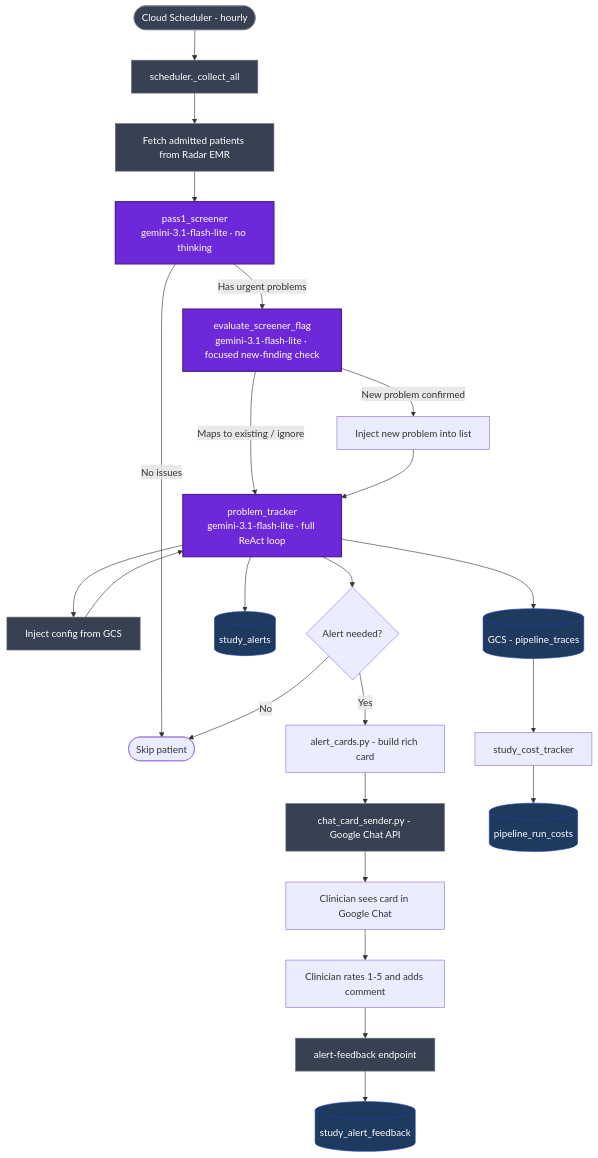
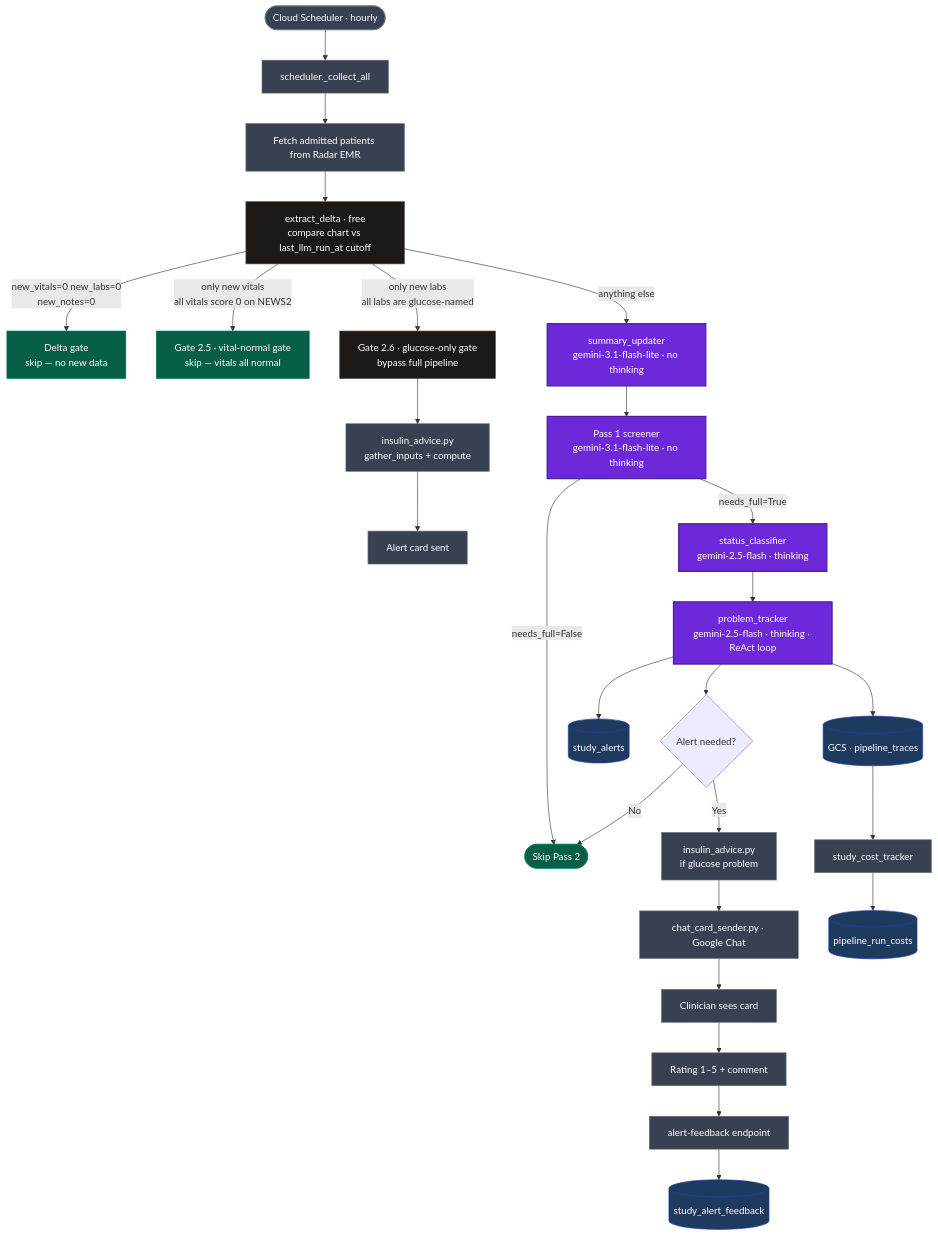
One commit to drdileepunni/llm_wiki changed the first of 4 diagrams in dashboard/docs/pipeline_overview.md. Above: the diagram before and after it, drawn with Mermaid. The commit also changed other lines of this file and 6 other files, not shown here.

````diff
--- a/dashboard/docs/pipeline_overview.md
+++ b/dashboard/docs/pipeline_overview.md
@@ -9,29 +9,39 @@
 ```mermaid
 flowchart TD
     classDef llm fill:#6d28d9,color:#fff,stroke:#4c1d95,stroke-width:2px
     classDef store fill:#1e3a5f,color:#fff,stroke:#1e40af
     classDef infra fill:#374151,color:#fff,stroke:#6b7280
+    classDef gate fill:#1c1917,color:#fff,stroke:#57534e
+    classDef bypass fill:#065f46,color:#fff,stroke:#047857
 
-    A([Cloud Scheduler - hourly]):::infra --> B[scheduler._collect_all]:::infra
+    A([Cloud Scheduler · hourly]):::infra --> B[scheduler._collect_all]:::infra
     B --> C[Fetch admitted patients from Radar EMR]:::infra
-    C --> D[pass1_screener\ngemini-3.1-flash-lite · no thinking]:::llm
-    D -->|Has urgent problems| E[evaluate_screener_flag\ngemini-3.1-flash-lite · focused new-finding check]:::llm
-    D -->|No issues| Z([Skip patient])
-    E -->|New problem confirmed| EP[Inject new problem into list]
-    E -->|Maps to existing / ignore| F
-    EP --> F[problem_tracker\ngemini-3.1-flash-lite · full ReAct loop]:::llm
-    F --> GCS[Inject config from GCS]:::infra
-    GCS --> F
-    F --> G{Alert needed?}
-    G -->|Yes| H[alert_cards.py - build rich card]
-    G -->|No| Z
-    H --> I[chat_card_sender.py - Google Chat API]:::infra
-    I --> J[Clinician sees card in Google Chat]
-    J --> K[Clinician rates 1-5 and adds comment]
-    K --> L[alert-feedback endpoint]:::infra
-    L --> M[(study_alert_feedback)]:::store
-    F --> N[(study_alerts)]:::store
-    F --> O[(GCS - pipeline_traces)]:::store
-    O --> P[study_cost_tracker]
-    P --> Q[(pipeline_run_costs)]:::store
+    C --> DELTA[extract_delta · free\ncompare chart vs last_llm_run_at cutoff]:::gate
+
+    DELTA -->|new_vitals=0 new_labs=0\nnew_notes=0| DGATE[Delta gate\nskip — no new data]:::bypass
+
+    DELTA -->|only new vitals\nall vitals score 0 on NEWS2| VGATE[Gate 2.5 · vital-normal gate\nskip — vitals all normal]:::bypass
+
+    DELTA -->|only new labs\nall labs are glucose-named| GGATE[Gate 2.6 · glucose-only gate\nbypass full pipeline]:::gate
+    GGATE --> GINSULIN[insulin_advice.py\ngather_inputs + compute]:::infra
+    GINSULIN --> GCHAT2[Alert card sent]:::infra
+
+    DELTA -->|anything else| SUM[summary_updater\ngemini-3.1-flash-lite · no thinking]:::llm
+
+    SUM --> PASS1[Pass 1 screener\ngemini-3.1-flash-lite · no thinking]:::llm
+    PASS1 -->|needs_full=False| SKIP([Skip Pass 2]):::bypass
+    PASS1 -->|needs_full=True| CLASS[status_classifier\ngemini-2.5-flash · thinking]:::llm
+    CLASS --> PT[problem_tracker\ngemini-2.5-flash · thinking · ReAct loop]:::llm
+    PT --> G{Alert needed?}
+    G -->|Yes| INS[insulin_advice.py\nif glucose problem]:::infra
+    INS --> CARD[chat_card_sender.py · Google Chat]:::infra
+    G -->|No| SKIP
+    CARD --> CLINICIAN[Clinician sees card]:::infra
+    CLINICIAN --> FB[Rating 1–5 + comment]:::infra
+    FB --> FBE[alert-feedback endpoint]:::infra
+    FBE --> FBT[(study_alert_feedback)]:::store
+    PT --> SA[(study_alerts)]:::store
+    PT --> TR[(GCS · pipeline_traces)]:::store
+    TR --> COST[study_cost_tracker]:::infra
+    COST --> RC[(pipeline_run_costs)]:::store
 ```
````
